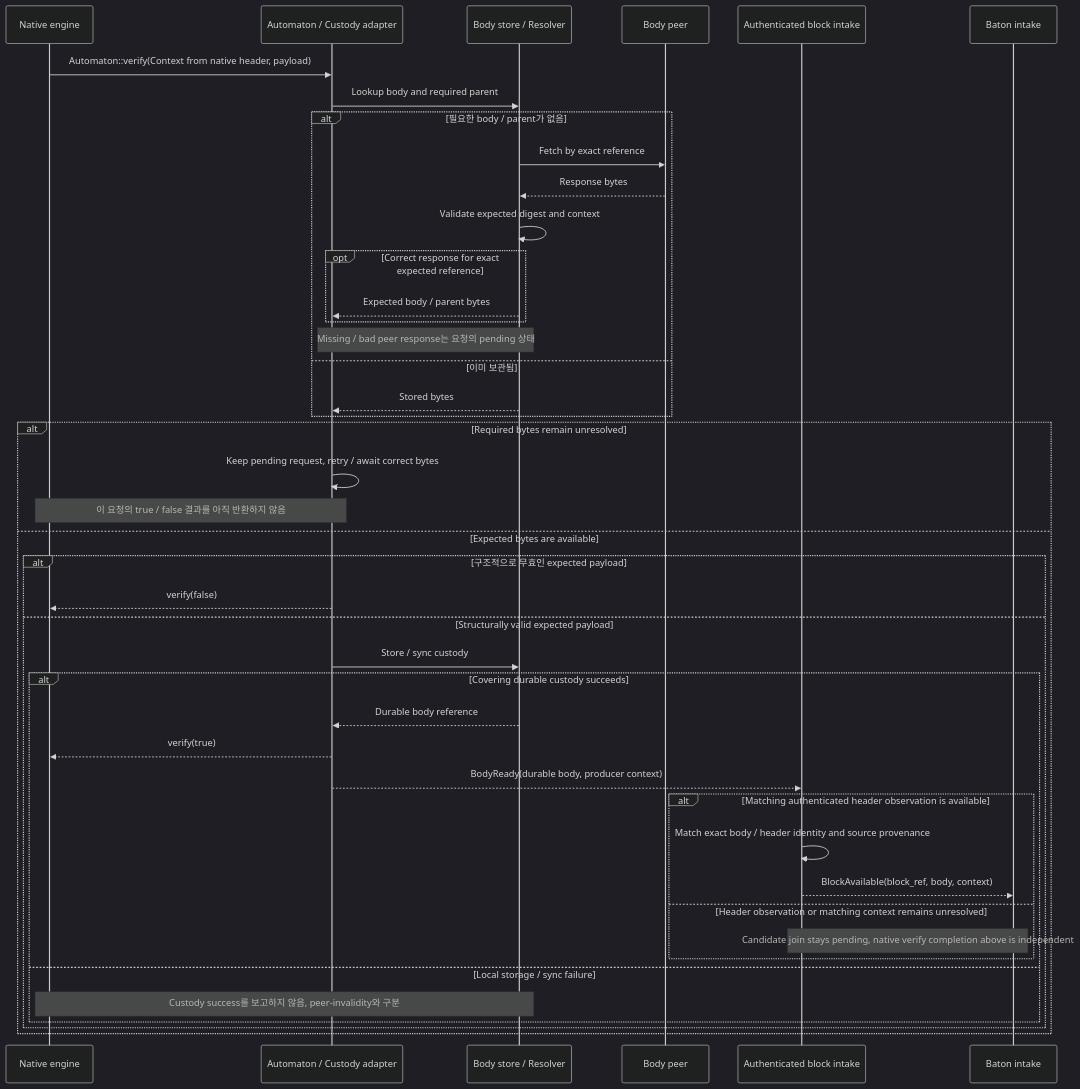
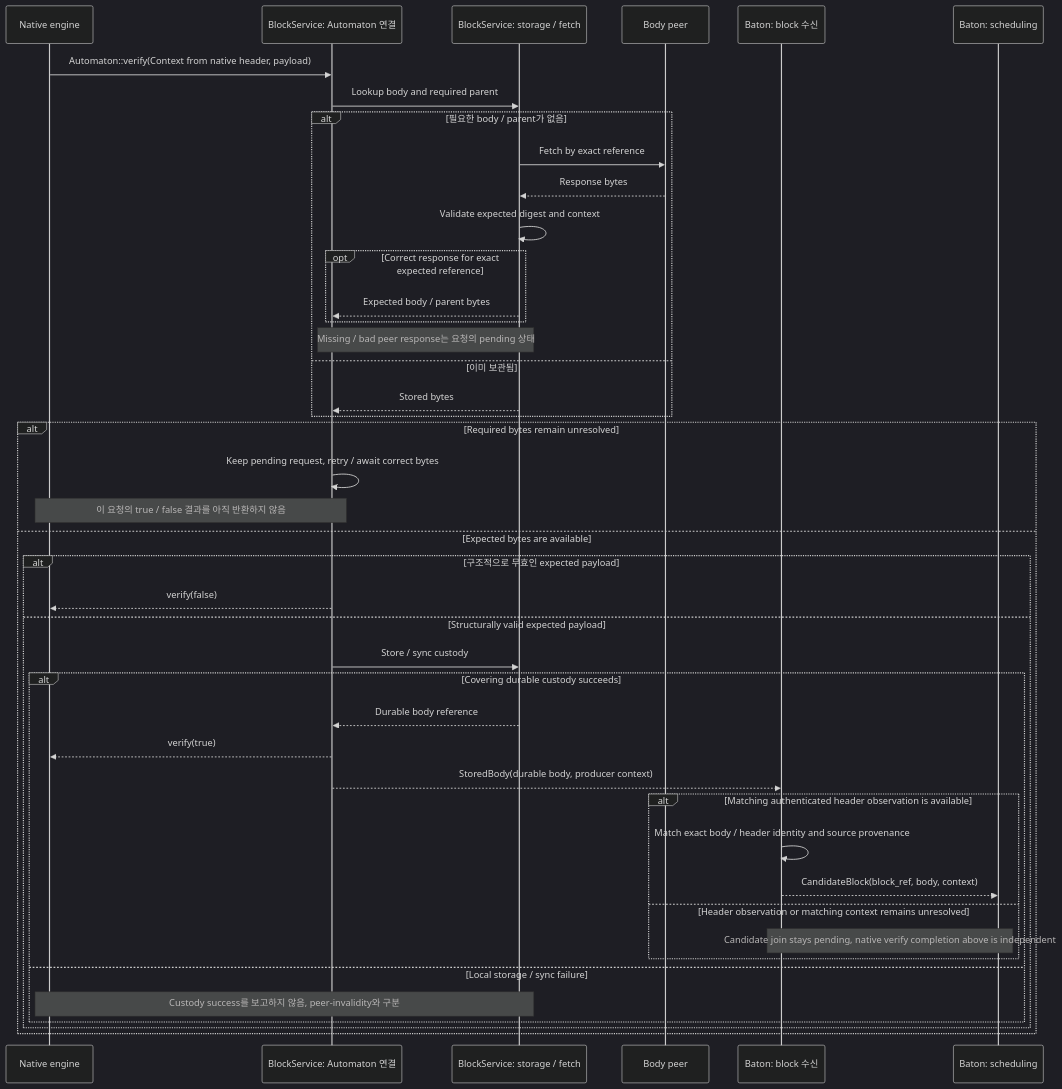
One commit to djm07073/baton-research changed the fifth of 18 diagrams in IMPLEMENTATION_SPEC.md. Above: the diagram before and after it, drawn with Mermaid (dark theme). The commit also changed other lines of this file and 51 other files, not shown here.

````diff
--- a/IMPLEMENTATION_SPEC.md
+++ b/IMPLEMENTATION_SPEC.md
@@ -286,45 +320,45 @@
 ```mermaid
 sequenceDiagram
     participant N as Native engine
-    participant A as Automaton / Custody adapter
-    participant S as Body store / Resolver
+    participant A as BlockService: Automaton 연결
+    participant S as BlockService: storage / fetch
     participant P as Body peer
-    participant I as Authenticated block intake
-    participant B as Baton intake
+    participant I as Baton: block 수신
+    participant B as Baton: scheduling
     N->>A: Automaton::verify(Context from native header, payload)
     A->>S: Lookup body and required parent
     alt 필요한 body / parent가 없음
         S->>P: Fetch by exact reference
         P-->>S: Response bytes
         S->>S: Validate expected digest and context
         opt Correct response for exact expected reference
             S-->>A: Expected body / parent bytes
         end
         Note over A,S: Missing / bad peer response는 요청의 pending 상태
     else 이미 보관됨
         S-->>A: Stored bytes
     end
     alt Required bytes remain unresolved
         A->>A: Keep pending request, retry / await correct bytes
         Note over N,A: 이 요청의 true / false 결과를 아직 반환하지 않음
     else Expected bytes are available
         alt 구조적으로 무효인 expected payload
             A-->>N: verify(false)
         else Structurally valid expected payload
             A->>S: Store / sync custody
             alt Covering durable custody succeeds
                 S-->>A: Durable body reference
                 A-->>N: verify(true)
-                A-->>I: BodyReady(durable body, producer context)
+                A-->>I: StoredBody(durable body, producer context)
                 alt Matching authenticated header observation is available
                     I->>I: Match exact body / header identity and source provenance
-                    I-->>B: BlockAvailable(block_ref, body, context)
+                    I-->>B: CandidateBlock(block_ref, body, context)
                 else Header observation or matching context remains unresolved
                     Note over I,B: Candidate join stays pending, native verify completion above is independent
                 end
             else Local storage / sync failure
                 Note over N,S: Custody success를 보고하지 않음, peer-invalidity와 구분
             end
         end
     end
 ```
````
